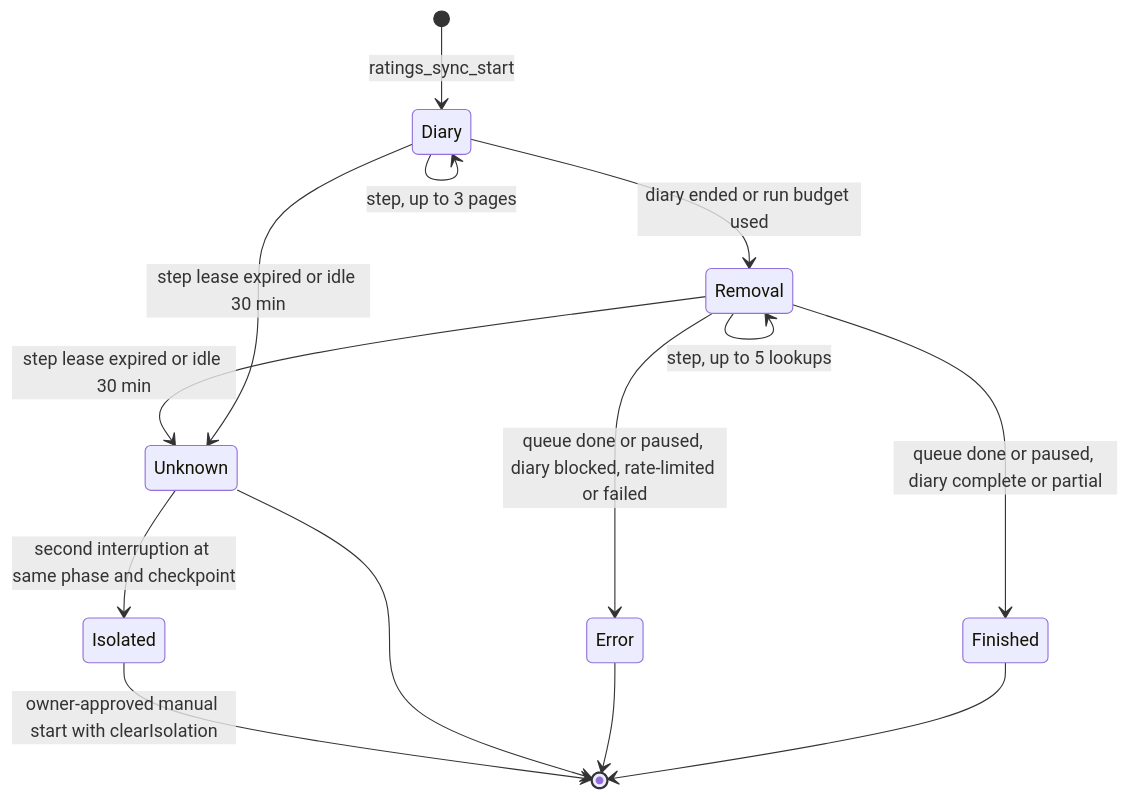
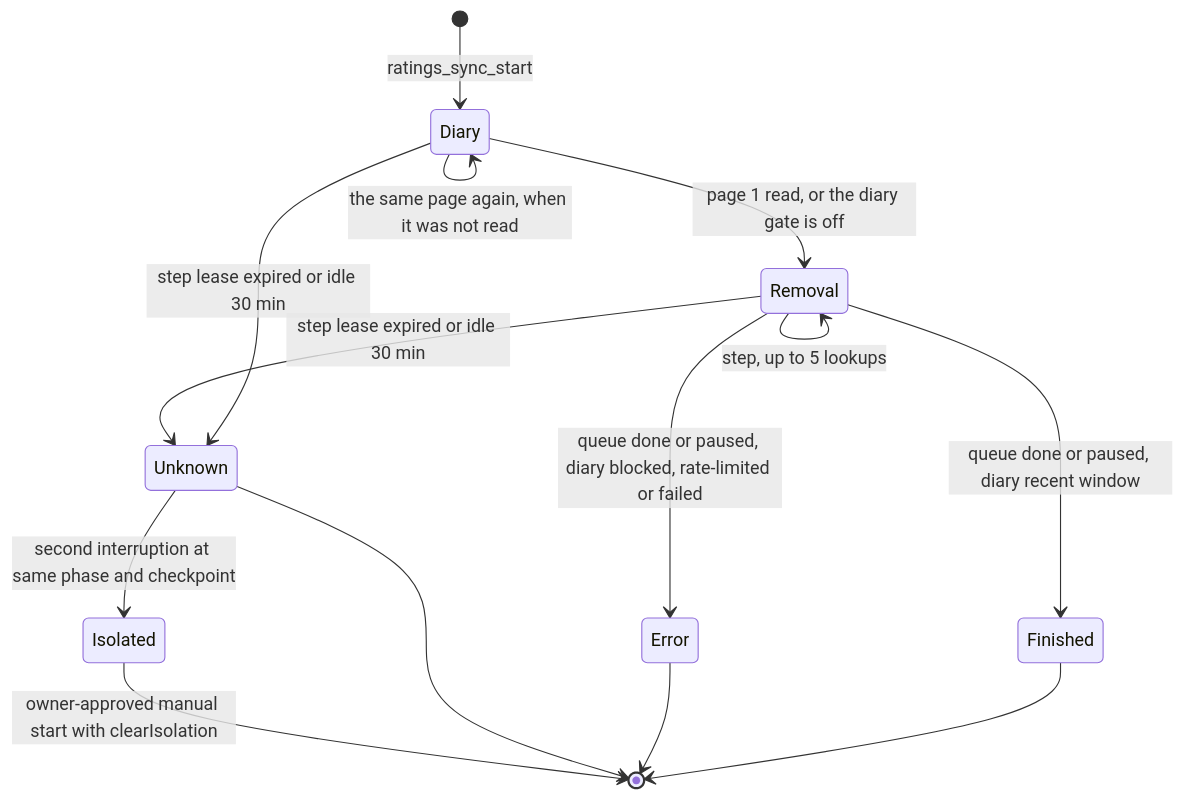
Before and after one commit to vladimino/iptv-watchlist: the third of 3 diagrams in docs/architecture/scheduling-and-orchestration.md, drawn with Mermaid. The commit also changed other lines of this file and 24 other files, not shown here.

First line of the commit message:
AIR-304: read Diary page 1 only and use a visible rating

````diff
--- a/docs/architecture/scheduling-and-orchestration.md
+++ b/docs/architecture/scheduling-and-orchestration.md
@@ -135,16 +135,16 @@
 ```mermaid
 stateDiagram-v2
     [*] --> Diary: ratings_sync_start
-    Diary --> Diary: step, up to 3 pages
-    Diary --> Removal: diary ended or run budget used
+    Diary --> Diary: the same page again, when it was not read
+    Diary --> Removal: page 1 read, or the diary gate is off
     Removal --> Removal: step, up to 5 lookups
-    Removal --> Finished: queue done or paused, diary complete or partial
+    Removal --> Finished: queue done or paused, diary recent window
     Removal --> Error: queue done or paused, diary blocked, rate-limited or failed
     Diary --> Unknown: step lease expired or idle 30 min
     Removal --> Unknown: step lease expired or idle 30 min
     Unknown --> Isolated: second interruption at same phase and checkpoint
     Finished --> [*]
     Error --> [*]
     Unknown --> [*]
     Isolated --> [*]: owner-approved manual start with clearIsolation
 ```
````
